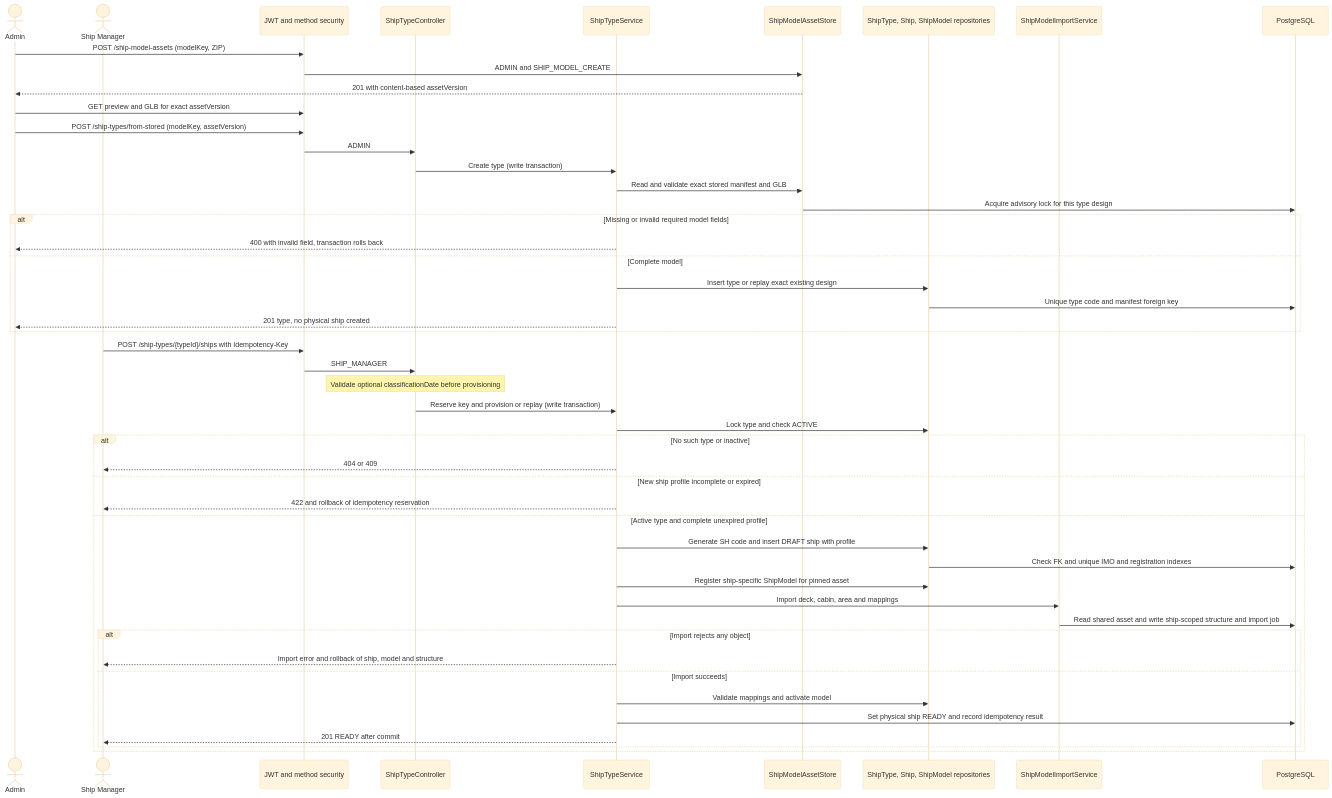
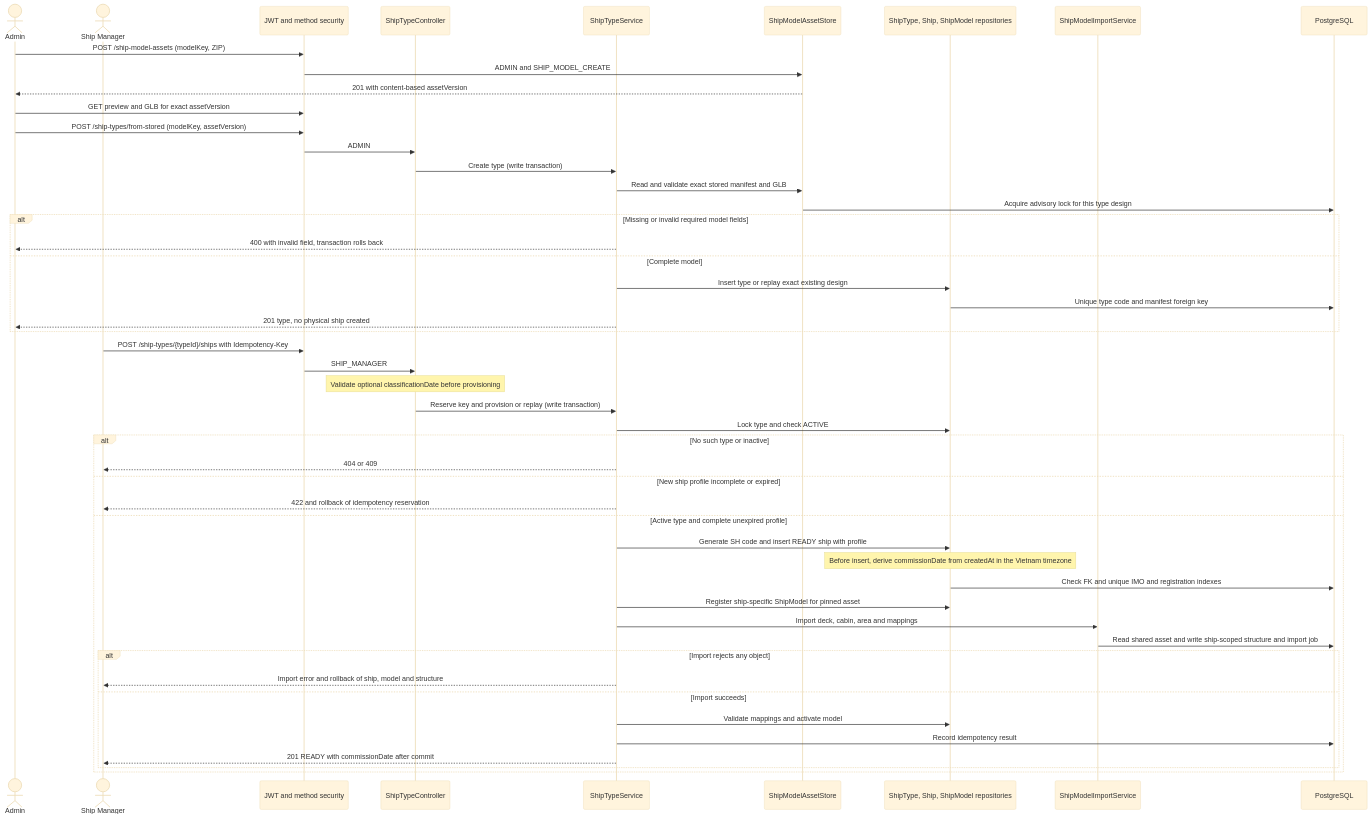
One commit to ShiroSs00/CASMS_Backend changed the first of 3 diagrams in docs/sequence-diagrams/SHIP-TYPE-FLOWS.md. Above: the diagram before and after it, drawn with Mermaid (base theme). The commit also changed 11 other files, not shown here.

Commit message:
Set ship commission date on creation

````diff
--- a/docs/sequence-diagrams/SHIP-TYPE-FLOWS.md
+++ b/docs/sequence-diagrams/SHIP-TYPE-FLOWS.md
@@ -5,53 +5,54 @@
 ```mermaid
 sequenceDiagram
     actor Admin
     actor Manager as Ship Manager
     participant Security as JWT and method security
     participant Controller as ShipTypeController
     participant Service as ShipTypeService
     participant Store as ShipModelAssetStore
     participant Repositories as ShipType, Ship, ShipModel repositories
     participant Importer as ShipModelImportService
     participant DB as PostgreSQL
 
     Admin->>Security: POST /ship-model-assets (modelKey, ZIP)
     Security->>Store: ADMIN and SHIP_MODEL_CREATE
     Store-->>Admin: 201 with content-based assetVersion
     Admin->>Security: GET preview and GLB for exact assetVersion
     Admin->>Security: POST /ship-types/from-stored (modelKey, assetVersion)
     Security->>Controller: ADMIN
     Controller->>Service: Create type (write transaction)
     Service->>Store: Read and validate exact stored manifest and GLB
     Store->>DB: Acquire advisory lock for this type design
     alt Missing or invalid required model fields
         Service-->>Admin: 400 with invalid field, transaction rolls back
     else Complete model
         Service->>Repositories: Insert type or replay exact existing design
         Repositories->>DB: Unique type code and manifest foreign key
         Service-->>Admin: 201 type, no physical ship created
     end
 
     Manager->>Security: POST /ship-types/{typeId}/ships with Idempotency-Key
     Security->>Controller: SHIP_MANAGER
     Note over Controller: Validate optional classificationDate before provisioning
     Controller->>Service: Reserve key and provision or replay (write transaction)
     Service->>Repositories: Lock type and check ACTIVE
     alt No such type or inactive
         Service-->>Manager: 404 or 409
     else New ship profile incomplete or expired
         Service-->>Manager: 422 and rollback of idempotency reservation
     else Active type and complete unexpired profile
-        Service->>Repositories: Generate SH code and insert DRAFT ship with profile
+        Service->>Repositories: Generate SH code and insert READY ship with profile
+        Note over Repositories: Before insert, derive commissionDate from createdAt in the Vietnam timezone
         Repositories->>DB: Check FK and unique IMO and registration indexes
         Service->>Repositories: Register ship-specific ShipModel for pinned asset
         Service->>Importer: Import deck, cabin, area and mappings
         Importer->>DB: Read shared asset and write ship-scoped structure and import job
         alt Import rejects any object
             Service-->>Manager: Import error and rollback of ship, model and structure
         else Import succeeds
             Service->>Repositories: Validate mappings and activate model
-            Service->>DB: Set physical ship READY and record idempotency result
-            Service-->>Manager: 201 READY after commit
+            Service->>DB: Record idempotency result
+            Service-->>Manager: 201 READY with commissionDate after commit
         end
     end
 ```
````
